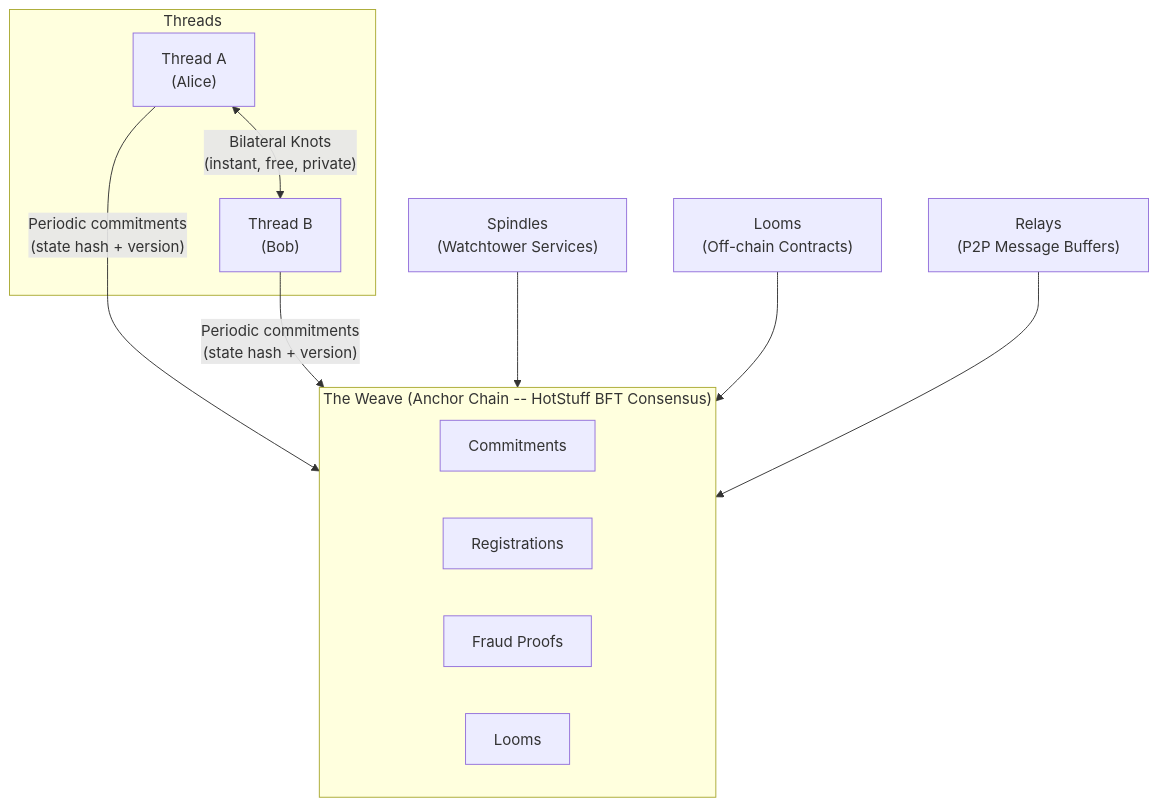
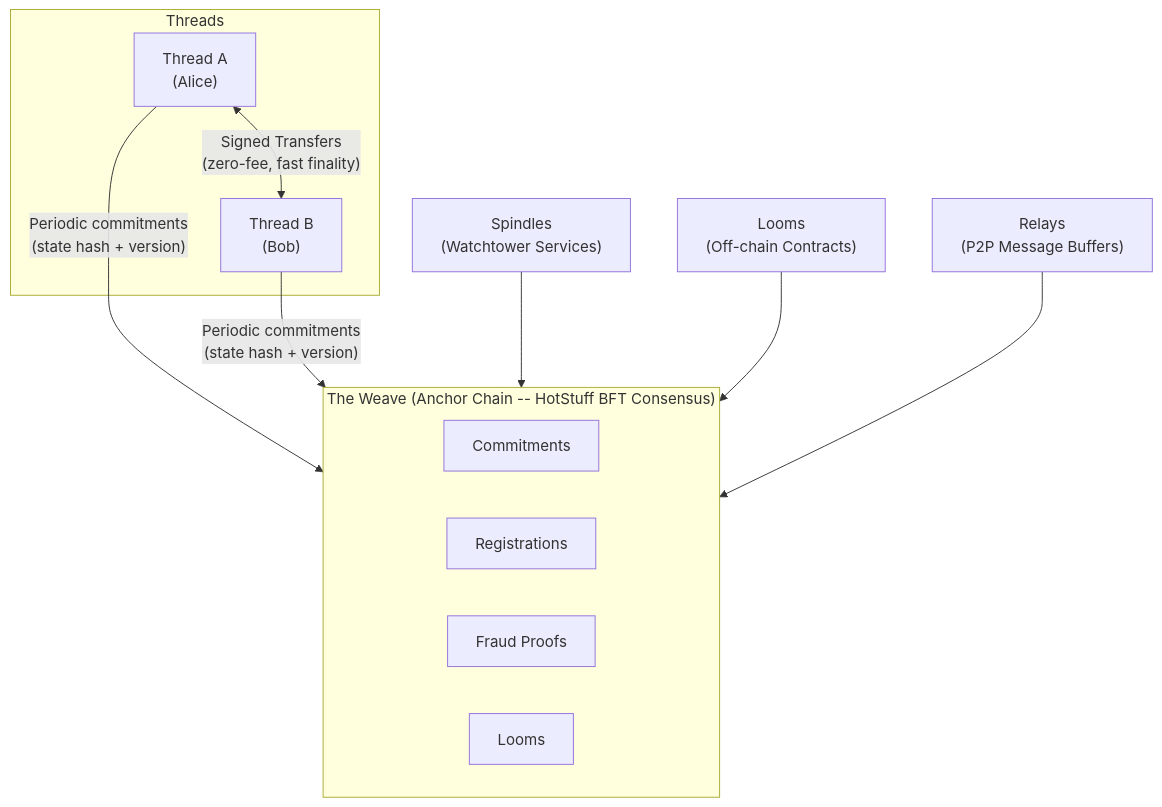
The first of 2 diagrams in README.md (augmnt/norn-protocol), drawn with Mermaid before and after one commit. The commit also changed other lines of this file and 20 other files, not shown here.

````diff
--- a/README.md
+++ b/README.md
@@ -68,23 +67,23 @@
 ```mermaid
 flowchart TB
     subgraph Threads
         A["Thread A<br/>(Alice)"]
         B["Thread B<br/>(Bob)"]
     end
 
-    A <-->|"Bilateral Knots<br/>(instant, free, private)"| B
+    A <-->|"Signed Transfers<br/>(zero-fee, fast finality)"| B
 
     A -->|"Periodic commitments<br/>(state hash + version)"| W
     B -->|"Periodic commitments<br/>(state hash + version)"| W
 
     subgraph W["The Weave (Anchor Chain -- HotStuff BFT Consensus)"]
         C[Commitments]
         R[Registrations]
         F[Fraud Proofs]
         L2[Looms]
     end
 
     SP["Spindles<br/>(Watchtower Services)"] --> W
     LM["Looms<br/>(Off-chain Contracts)"] --> W
     RL["Relays<br/>(P2P Message Buffers)"] --> W
 ```
````
